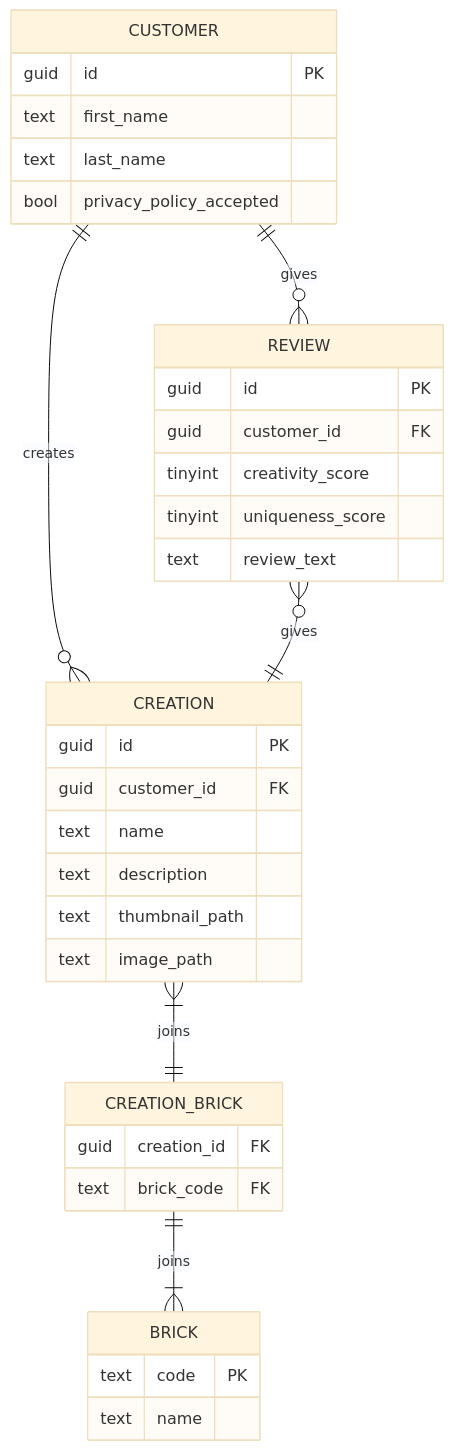
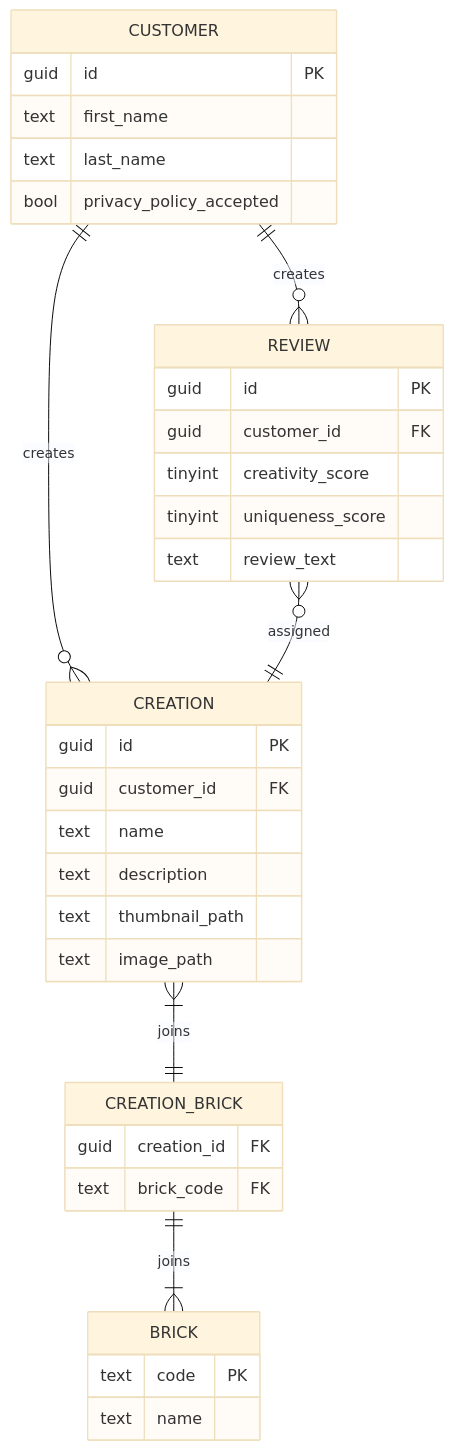
The diagram in README.md (JozsefHalmi/npu-assignment), drawn with Mermaid (base theme) before and after one commit. The commit also changed other lines of this file, not shown here.

Commit message:
minor readme fix

````diff
--- a/README.md
+++ b/README.md
@@ -85,38 +85,38 @@
 ```mermaid
 erDiagram
     CUSTOMER ||--o{ CREATION : creates
-    CUSTOMER ||--o{ REVIEW : gives
+    CUSTOMER ||--o{ REVIEW : creates
     CUSTOMER {
         guid id PK
         text first_name
         text last_name
         bool privacy_policy_accepted
     }
     CREATION |{--|| CREATION_BRICK : joins
     CREATION {
         guid id PK
         guid customer_id FK
         text name
         text description
         text thumbnail_path
         text image_path
     }
     CREATION_BRICK ||--|{ BRICK : joins
     CREATION_BRICK {
         guid creation_id FK
         text brick_code FK
     }
     BRICK {
         text code PK
         text name
     }
 
-    REVIEW }o--|| CREATION : gives
+    REVIEW }o--|| CREATION : assigned
     REVIEW {
         guid id PK
         guid customer_id FK
         tinyint creativity_score
         tinyint uniqueness_score
         text review_text
     }
 ```
````
